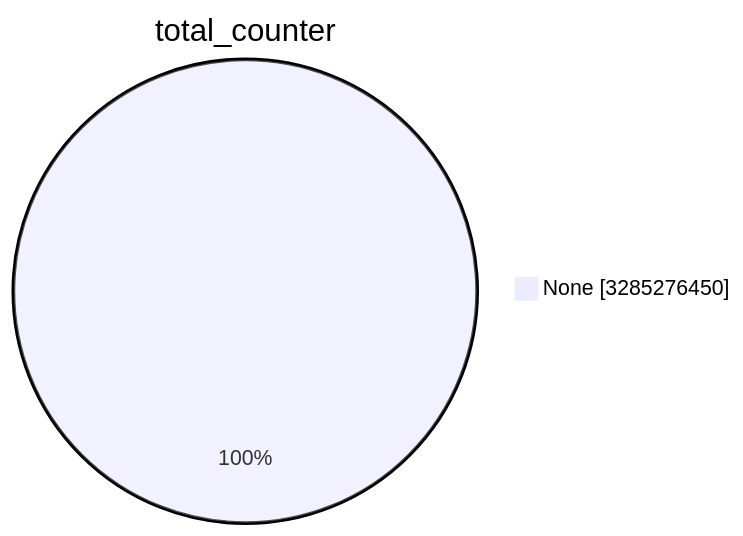
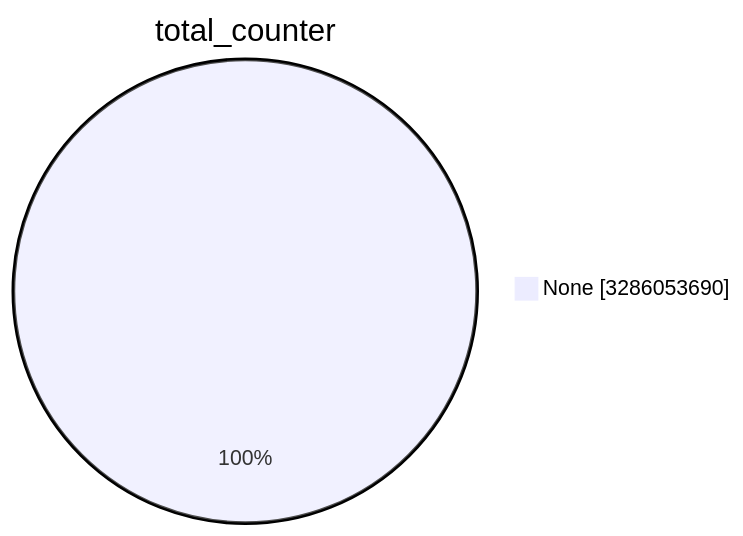
One commit to christiankrug/ctmonitor_visualization changed the first of 15 diagrams in TOTAL/README.md. Above: the diagram before and after it, drawn with Mermaid. The commit also changed other lines of this file, not shown here.

````diff
--- a/TOTAL/README.md
+++ b/TOTAL/README.md
@@ -1,5 +1,5 @@
 ```mermaid
 pie showData
 title total_counter
-"None" :3285276450
+"None" :3286053690
 ```
````
